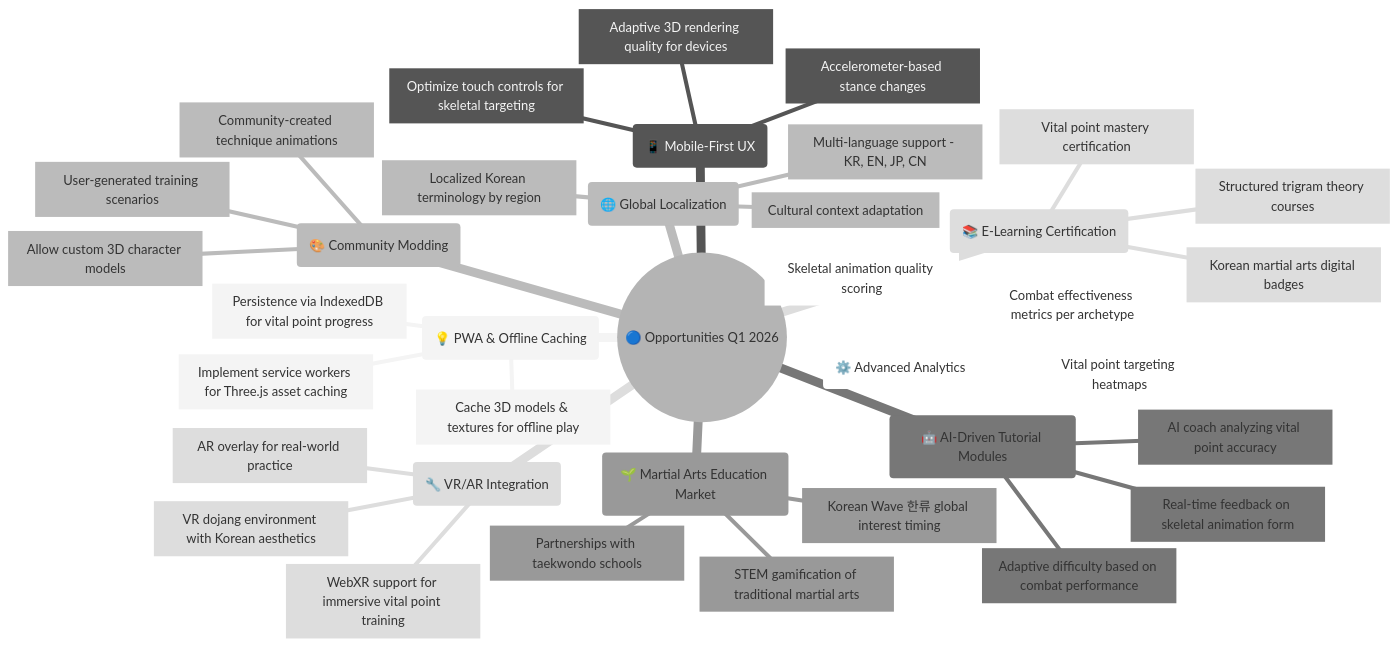
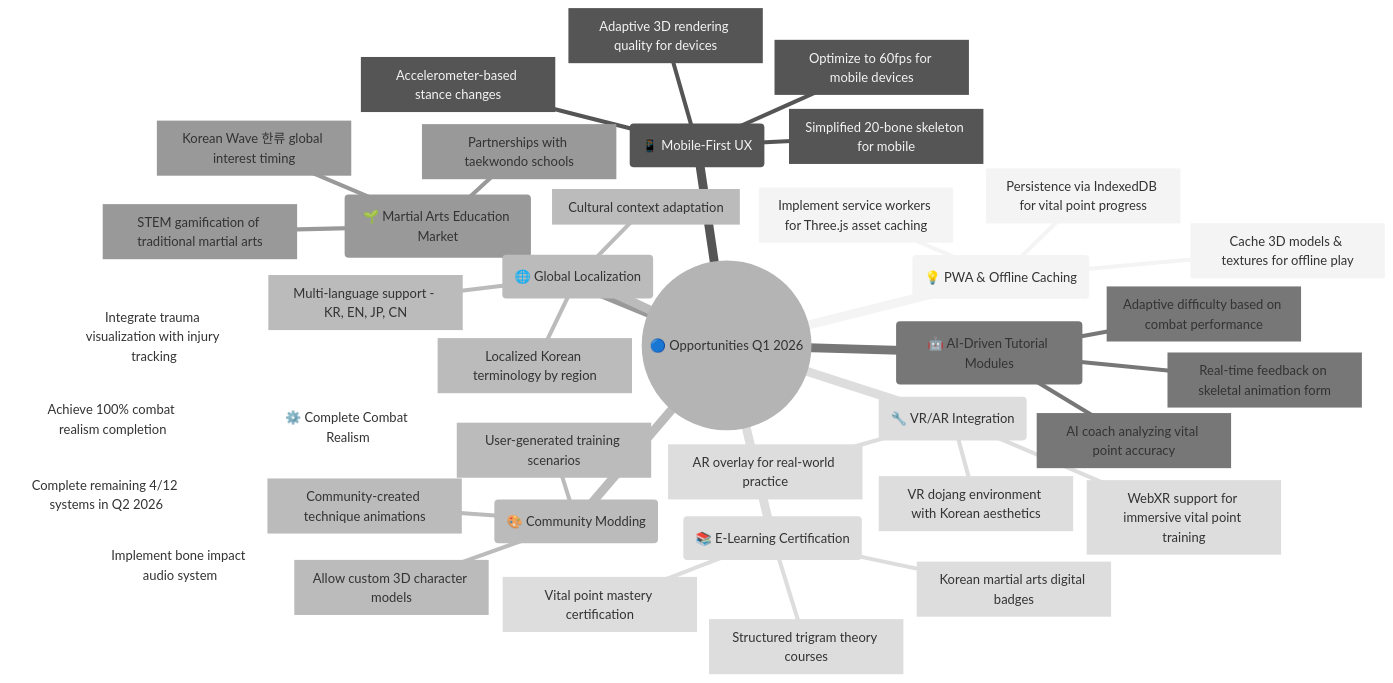
Before and after one commit to Hack23/blacktrigram: diagram 11 of 22 in docs/api/media/ARCHITECTURE.md, drawn with Mermaid (neutral theme). The commit also changed other lines of this file and 1833 other files, not shown here.

````diff
--- a/docs/api/media/ARCHITECTURE.md
+++ b/docs/api/media/ARCHITECTURE.md
@@ -1463,40 +1609,42 @@
 ```mermaid
 mindmap
   root((🔵 Opportunities Q1 2026))
     id1(💡 PWA & Offline Caching)
       id1.1[Implement service workers for Three.js asset caching]
       id1.2[Cache 3D models & textures for offline play]
       id1.3[Persistence via IndexedDB for vital point progress]
     id2(📱 Mobile-First UX)
-      id2.1[Optimize touch controls for skeletal targeting]
+      id2.1[Optimize to 60fps for mobile devices]
       id2.2[Adaptive 3D rendering quality for devices]
       id2.3[Accelerometer-based stance changes]
+      id2.4[Simplified 20-bone skeleton for mobile]
     id3(🎨 Community Modding)
       id3.1[Allow custom 3D character models]
       id3.2[Community-created technique animations]
       id3.3[User-generated training scenarios]
     id4(🤖 AI-Driven Tutorial Modules)
       id4.1[AI coach analyzing vital point accuracy]
       id4.2[Real-time feedback on skeletal animation form]
       id4.3[Adaptive difficulty based on combat performance]
     id5(🌱 Martial Arts Education Market)
       id5.1[STEM gamification of traditional martial arts]
       id5.2[Korean Wave 한류 global interest timing]
       id5.3[Partnerships with taekwondo schools]
     id6(🔧 VR/AR Integration)
       id6.1[WebXR support for immersive vital point training]
       id6.2[AR overlay for real-world practice]
       id6.3[VR dojang environment with Korean aesthetics]
-    id7(⚙️ Advanced Analytics)
-      id7.1[Vital point targeting heatmaps]
-      id7.2[Combat effectiveness metrics per archetype]
-      id7.3[Skeletal animation quality scoring]
+    id7(⚙️ Complete Combat Realism)
+      id7.1[Complete remaining 4/12 systems in Q2 2026]
+      id7.2[Integrate trauma visualization with injury tracking]
+      id7.3[Implement bone impact audio system]
+      id7.4[Achieve 100% combat realism completion]
     id8(📚 E-Learning Certification)
       id8.1[Structured trigram theory courses]
       id8.2[Vital point mastery certification]
       id8.3[Korean martial arts digital badges]
     id9(🌐 Global Localization)
       id9.1[Multi-language support - KR, EN, JP, CN]
       id9.2[Localized Korean terminology by region]
       id9.3[Cultural context adaptation]
 ```
````
